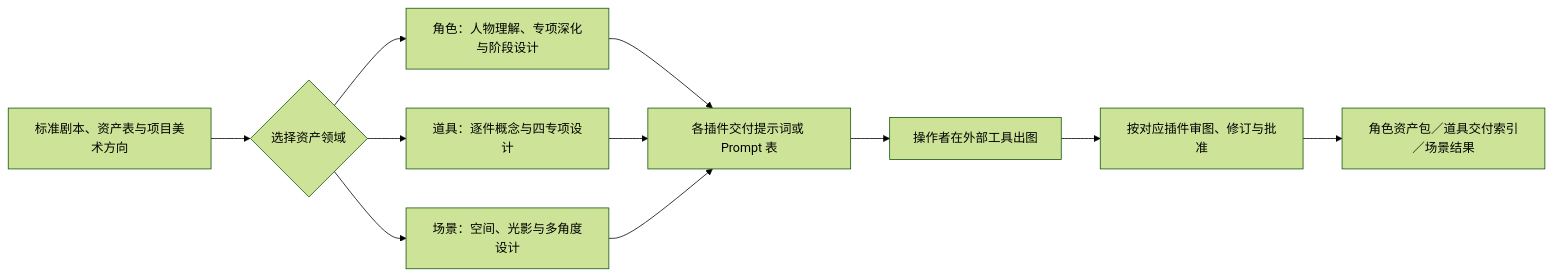
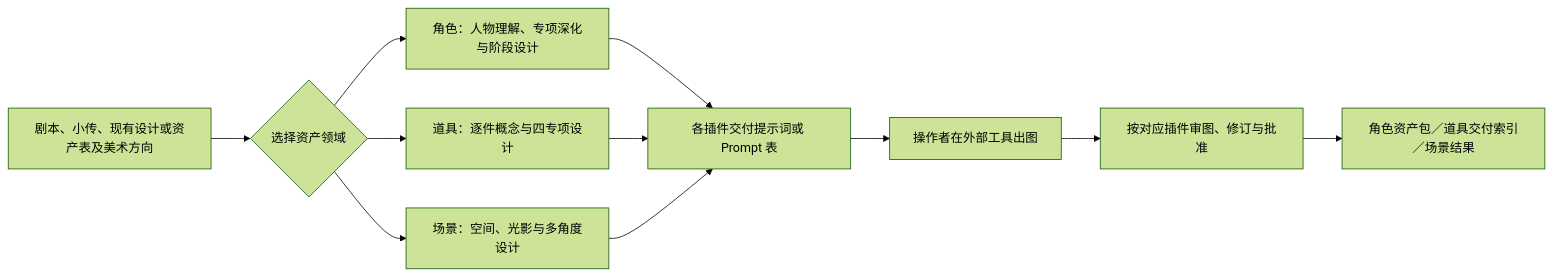
The first of 3 diagrams in README.md (kaibaoxiang-studio/ZiChan), drawn with Mermaid (forest theme) before and after one commit. The commit also changed other lines of this file and 81 other files, not shown here.

````diff
--- a/README.md
+++ b/README.md
@@ -62,13 +62,13 @@
 ```mermaid
 flowchart LR
-    A["标准剧本、资产表与项目美术方向"] --> B{"选择资产领域"}
+    A["剧本、小传、现有设计或资产表及美术方向"] --> B{"选择资产领域"}
     B --> C["角色：人物理解、专项深化与阶段设计"]
     B --> D["道具：逐件概念与四专项设计"]
     B --> E["场景：空间、光影与多角度设计"]
     C --> F["各插件交付提示词或 Prompt 表"]
     D --> F
     E --> F
     F --> G["操作者在外部工具出图"]
     G --> H["按对应插件审图、修订与批准"]
     H --> I["角色资产包／道具交付索引／场景结果"]
 ```
````
